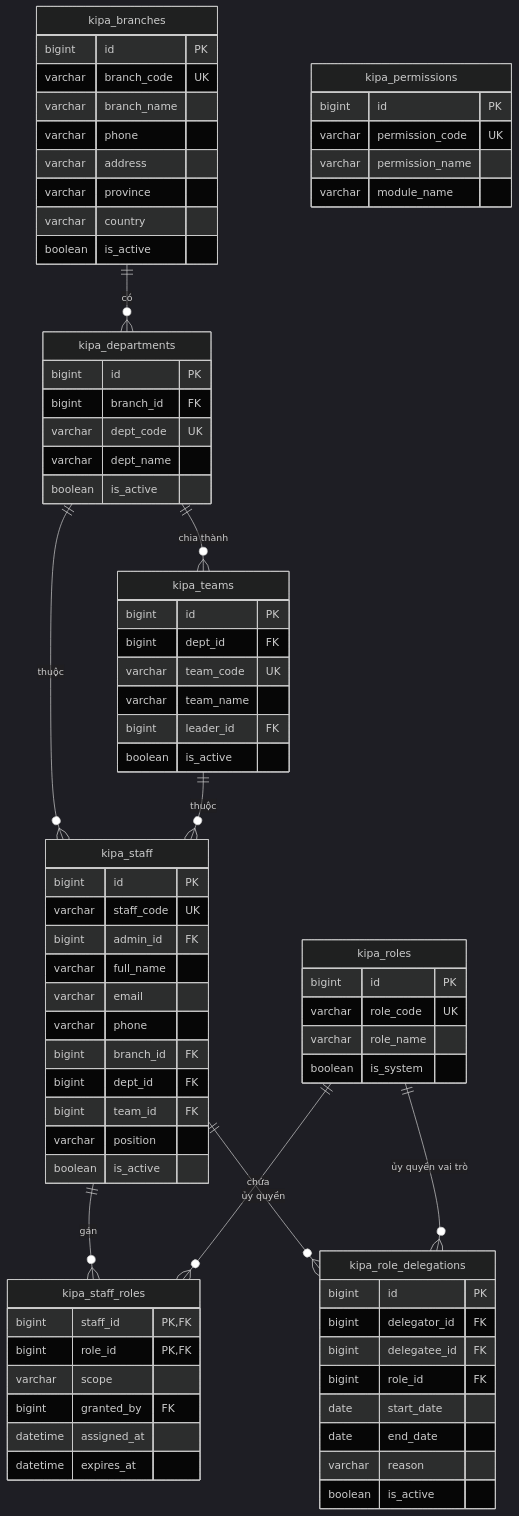
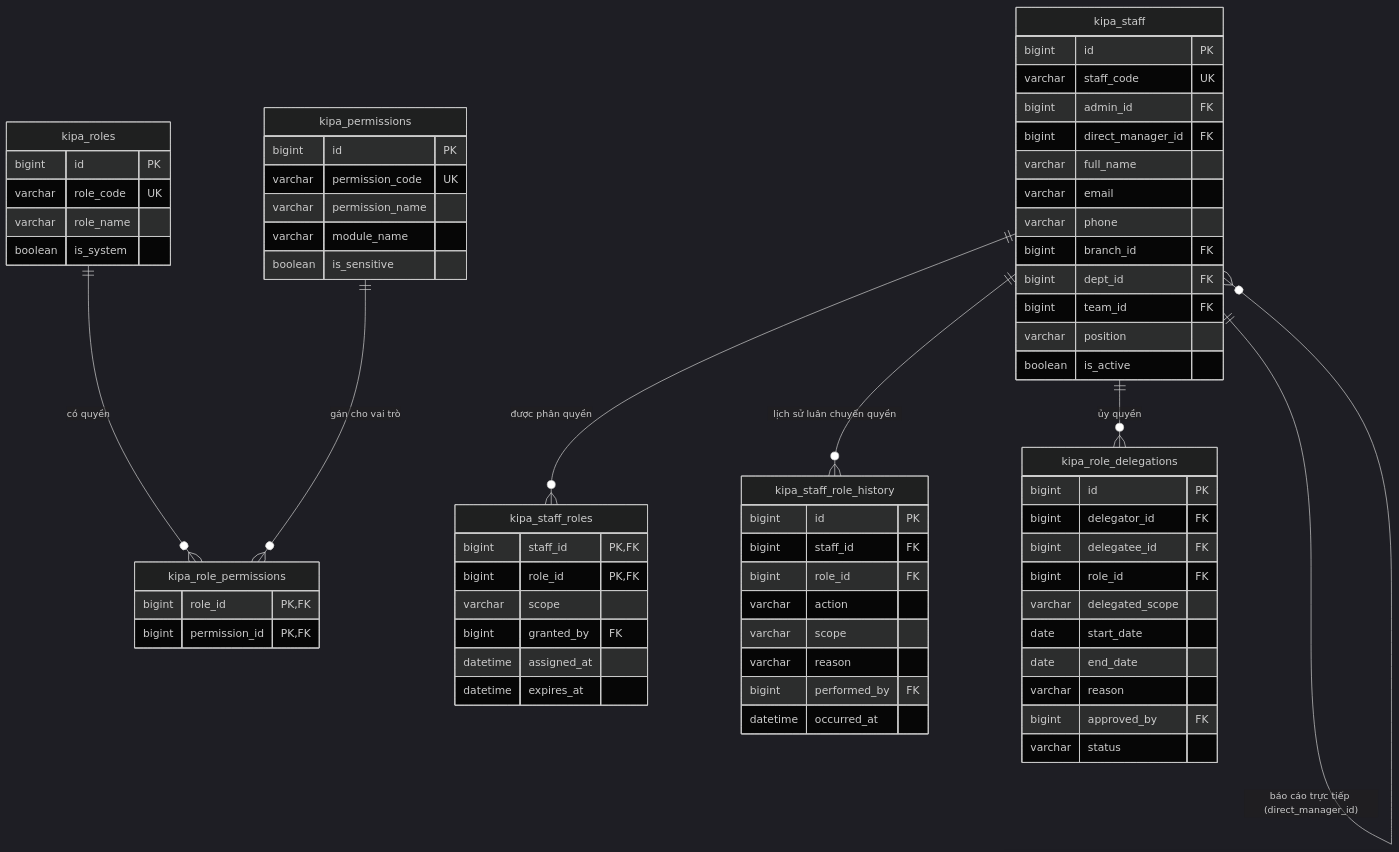
The third of 6 diagrams in DATABASE_RELATIONSHIP_MAP.md (sugar4120/Web-KIPA), drawn with Mermaid (dark theme) before and after one commit. The commit also changed other lines of this file and 9 other files, not shown here.

````diff
--- a/DATABASE_RELATIONSHIP_MAP.md
+++ b/DATABASE_RELATIONSHIP_MAP.md
@@ -79,37 +188,10 @@
 ```mermaid
 erDiagram
-    kipa_branches {
-        bigint id PK
-        varchar branch_code UK
-        varchar branch_name
-        varchar phone
-        varchar address
-        varchar province
-        varchar country
-        boolean is_active
-    }
-
-    kipa_departments {
-        bigint id PK
-        bigint branch_id FK
-        varchar dept_code UK
-        varchar dept_name
-        boolean is_active
-    }
-
-    kipa_teams {
-        bigint id PK
-        bigint dept_id FK
-        varchar team_code UK
-        varchar team_name
-        bigint leader_id FK
-        boolean is_active
-    }
-
     kipa_staff {
         bigint id PK
         varchar staff_code UK
         bigint admin_id FK
+        bigint direct_manager_id FK
         varchar full_name
         varchar email
         varchar phone
@@ -132,6 +214,12 @@
         varchar permission_code UK
         varchar permission_name
         varchar module_name
+        boolean is_sensitive
+    }
+
+    kipa_role_permissions {
+        bigint role_id PK,FK
+        bigint permission_id PK,FK
     }
 
     kipa_staff_roles {
@@ -143,23 +231,34 @@
         datetime expires_at
     }
 
+    kipa_staff_role_history {
+        bigint id PK
+        bigint staff_id FK
+        bigint role_id FK
+        varchar action
+        varchar scope
+        varchar reason
+        bigint performed_by FK
+        datetime occurred_at
+    }
+
     kipa_role_delegations {
         bigint id PK
         bigint delegator_id FK
         bigint delegatee_id FK
         bigint role_id FK
+        varchar delegated_scope
         date start_date
         date end_date
         varchar reason
-        boolean is_active
+        bigint approved_by FK
+        varchar status
     }
 
-    kipa_branches ||--o{ kipa_departments : "có"
-    kipa_departments ||--o{ kipa_teams : "chia thành"
-    kipa_departments ||--o{ kipa_staff : "thuộc"
-    kipa_teams ||--o{ kipa_staff : "thuộc"
-    kipa_staff ||--o{ kipa_staff_roles : "gán"
-    kipa_roles ||--o{ kipa_staff_roles : "chứa"
+    kipa_staff ||--o{ kipa_staff : "báo cáo trực tiếp (direct_manager_id)"
+    kipa_roles ||--o{ kipa_role_permissions : "có quyền"
+    kipa_permissions ||--o{ kipa_role_permissions : "gán cho vai trò"
+    kipa_staff ||--o{ kipa_staff_roles : "được phân quyền"
+    kipa_staff ||--o{ kipa_staff_role_history : "lịch sử luân chuyển quyền"
     kipa_staff ||--o{ kipa_role_delegations : "ủy quyền"
-    kipa_roles ||--o{ kipa_role_delegations : "ủy quyền vai trò"
 ```
````
